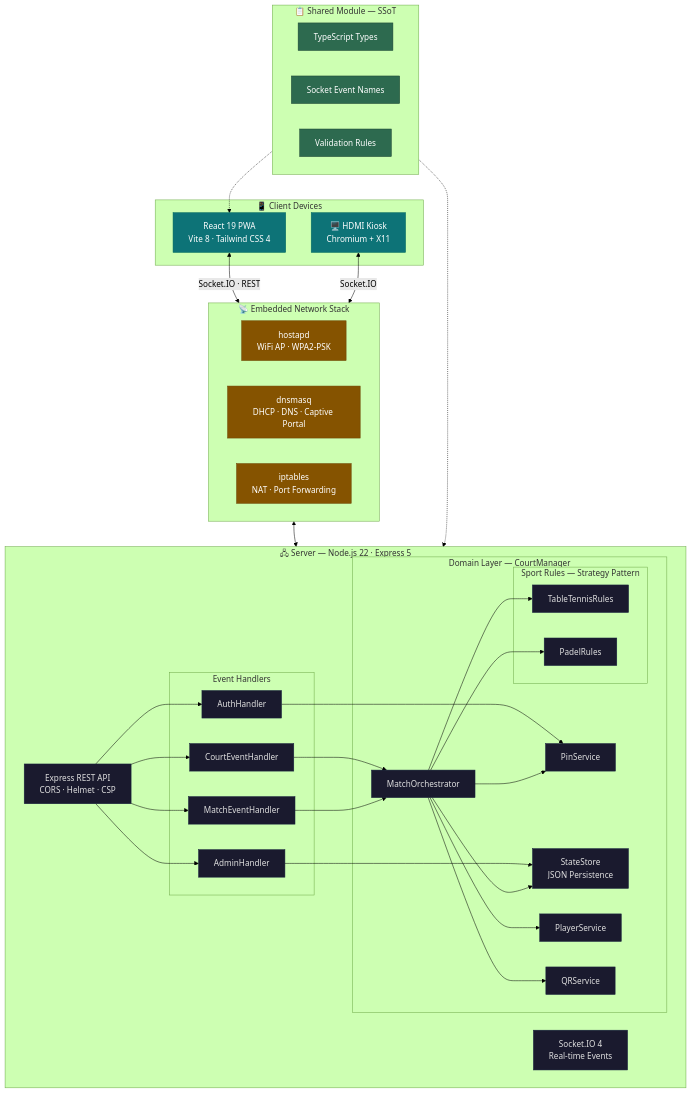
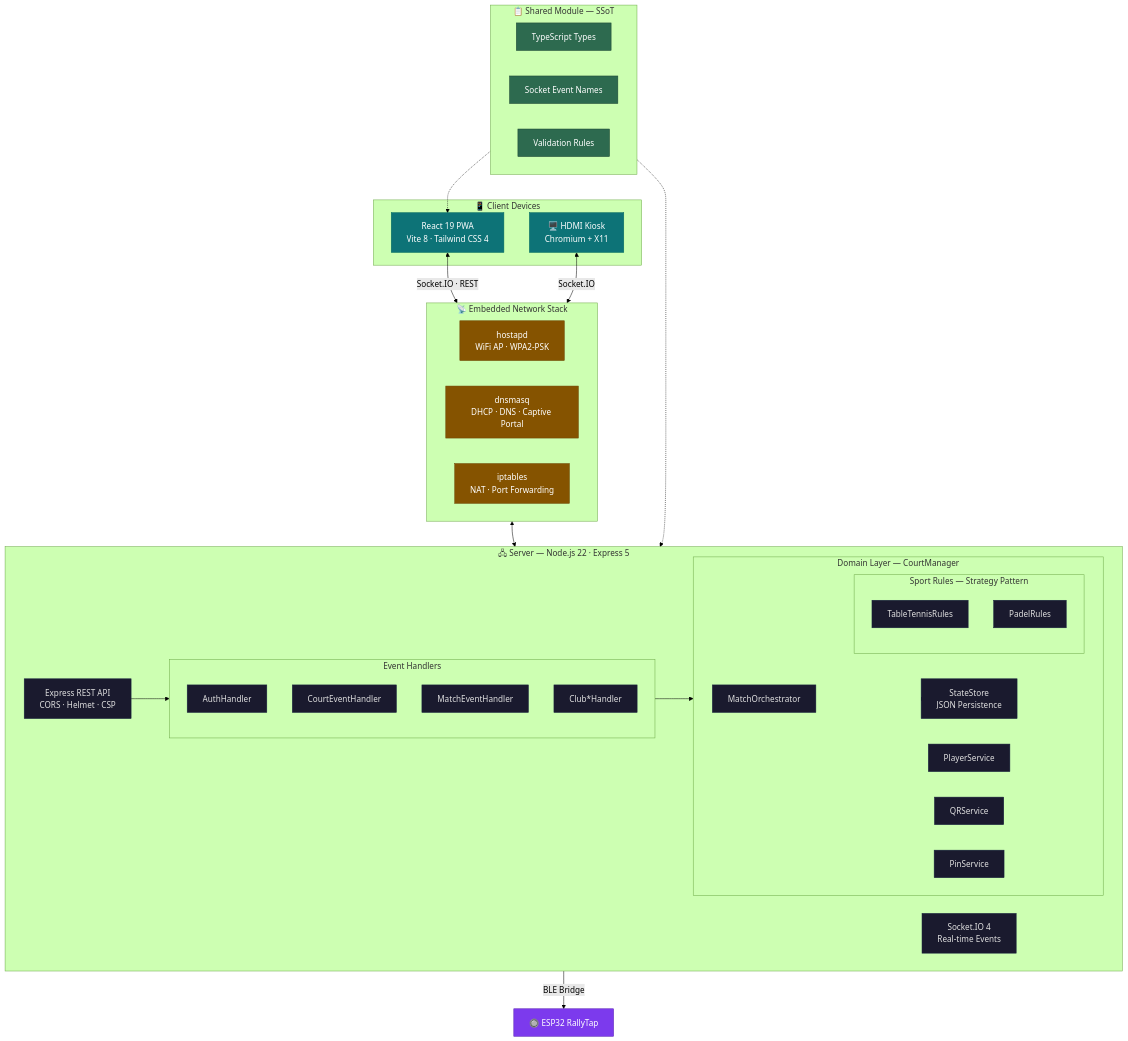
One commit to felipe90/rallyOS-hub changed the first of 2 diagrams in README.md. Above: the diagram before and after it, drawn with Mermaid (forest theme). The commit also changed other lines of this file and 55 other files, not shown here.

````diff
--- a/README.md
+++ b/README.md
@@ -11,78 +11,68 @@
 ```mermaid
 flowchart TB
     subgraph DEVICES["📱 Client Devices"]
         PWA["React 19 PWA<br/>Vite 8 · Tailwind CSS 4"]
         KIOSK_DISPLAY["🖥️ HDMI Kiosk<br/>Chromium + X11"]
     end
 
     subgraph NETWORK["📡 Embedded Network Stack"]
         AP["hostapd<br/>WiFi AP · WPA2-PSK"]
         DNS["dnsmasq<br/>DHCP · DNS · Captive Portal"]
         NAT["iptables<br/>NAT · Port Forwarding"]
     end
 
     subgraph SERVER["🖧 Server — Node.js 22 · Express 5"]
         EXPRESS["Express REST API<br/>CORS · Helmet · CSP"]
         SOCKET["Socket.IO 4<br/>Real-time Events"]
 
         subgraph HANDLERS["Event Handlers"]
             AUTH_H["AuthHandler"]
             COURT_H["CourtEventHandler"]
             MATCH_H["MatchEventHandler"]
-            ADMIN_H["AdminHandler"]
+            CLUB_H["Club*Handler"]
         end
 
         subgraph DOMAIN["Domain Layer — CourtManager"]
             MATCH_ORCH["MatchOrchestrator"]
             PLAYER_SVC["PlayerService"]
             QR_SVC["QRService"]
             PIN_SVC["PinService"]
             STORE["StateStore<br/>JSON Persistence"]
 
             subgraph SPORTS["Sport Rules — Strategy Pattern"]
                 TT["TableTennisRules"]
                 PADEL["PadelRules"]
             end
         end
     end
 
     subgraph SHARED["📋 Shared Module — SSoT"]
         TYPES["TypeScript Types"]
         EVENTS["Socket Event Names"]
         VALIDATION["Validation Rules"]
     end
 
     PWA <-->|"Socket.IO · REST"| NETWORK
     KIOSK_DISPLAY <-->|"Socket.IO"| NETWORK
     NETWORK <--> SERVER
+    SERVER -->|"BLE Bridge"| ESP32["🔘 ESP32 RallyTap"]
 
-    EXPRESS --> AUTH_H
-    EXPRESS --> COURT_H
-    EXPRESS --> MATCH_H
-    EXPRESS --> ADMIN_H
-
-    COURT_H --> MATCH_ORCH
-    MATCH_H --> MATCH_ORCH
-    AUTH_H --> PIN_SVC
-    ADMIN_H --> STORE
-
-    MATCH_ORCH --> PLAYER_SVC
-    MATCH_ORCH --> QR_SVC
-    MATCH_ORCH --> PIN_SVC
-    MATCH_ORCH --> STORE
-    MATCH_ORCH --> TT
-    MATCH_ORCH --> PADEL
+    EXPRESS --> HANDLERS
+    HANDLERS --> DOMAIN
+    DOMAIN --> STORE
 
     SHARED -.-> PWA
     SHARED -.-> SERVER
 
     classDef devices fill:#0d7377,stroke:#006b5f,color:#fff
     classDef network fill:#855300,stroke:#6b4200,color:#fff
     classDef server fill:#1a1a2e,stroke:#16213e,color:#e0e0e0
     classDef shared fill:#2d6a4f,stroke:#1b4332,color:#fff
+    classDef esp32 fill:#7c3aed,stroke:#5b21b6,color:#fff
 
     class PWA,KIOSK_DISPLAY devices
     class AP,DNS,NAT network
-    class EXPRESS,SOCKET,AUTH_H,COURT_H,MATCH_H,ADMIN_H,MATCH_ORCH,PLAYER_SVC,QR_SVC,PIN_SVC,STORE,TT,PADEL server
+    class EXPRESS,SOCKET,AUTH_H,COURT_H,MATCH_H,CLUB_H,MATCH_ORCH,PLAYER_SVC,QR_SVC,PIN_SVC,STORE,TT,PADEL server
     class TYPES,EVENTS,VALIDATION shared
+    class ESP32 esp32
 ```
````
